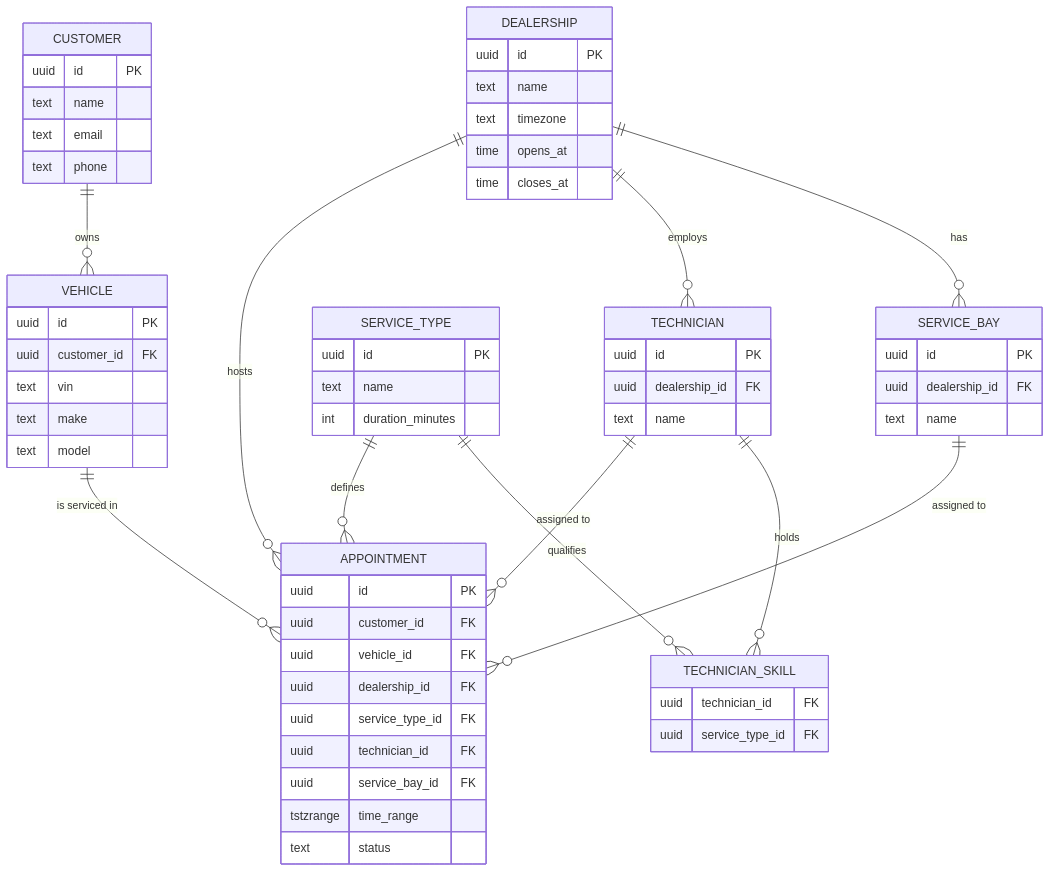
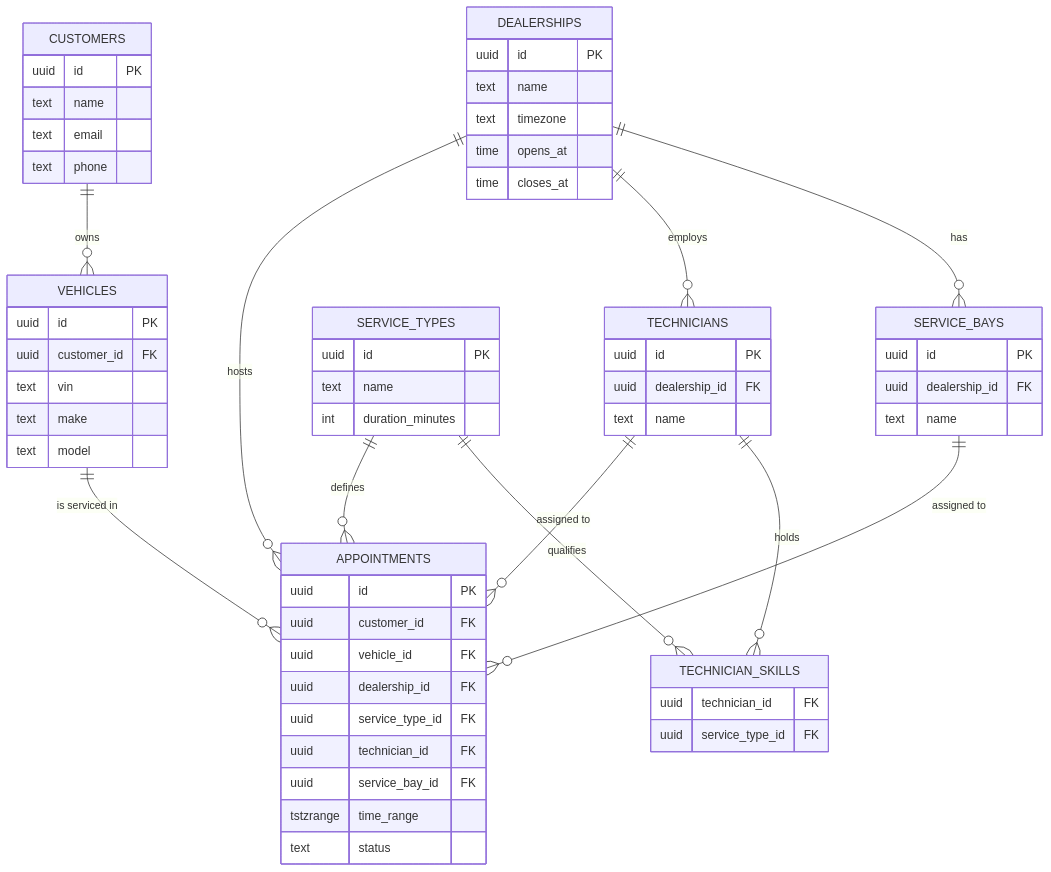
The second of 4 diagrams in docs/system-design.md (nambv/booking_service_scheduler), drawn with Mermaid before and after one commit. The commit also changed other lines of this file and 10 other files, not shown here.

````diff
--- a/docs/system-design.md
+++ b/docs/system-design.md
@@ -102,64 +102,64 @@
 ```mermaid
 erDiagram
-    DEALERSHIP ||--o{ SERVICE_BAY : has
-    DEALERSHIP ||--o{ TECHNICIAN : employs
-    DEALERSHIP ||--o{ APPOINTMENT : hosts
-    TECHNICIAN ||--o{ TECHNICIAN_SKILL : holds
-    SERVICE_TYPE ||--o{ TECHNICIAN_SKILL : qualifies
-    CUSTOMER ||--o{ VEHICLE : owns
-    VEHICLE ||--o{ APPOINTMENT : "is serviced in"
-    SERVICE_TYPE ||--o{ APPOINTMENT : defines
-    TECHNICIAN ||--o{ APPOINTMENT : "assigned to"
-    SERVICE_BAY ||--o{ APPOINTMENT : "assigned to"
+    DEALERSHIPS ||--o{ SERVICE_BAYS : has
+    DEALERSHIPS ||--o{ TECHNICIANS : employs
+    DEALERSHIPS ||--o{ APPOINTMENTS : hosts
+    TECHNICIANS ||--o{ TECHNICIAN_SKILLS : holds
+    SERVICE_TYPES ||--o{ TECHNICIAN_SKILLS : qualifies
+    CUSTOMERS ||--o{ VEHICLES : owns
+    VEHICLES ||--o{ APPOINTMENTS : "is serviced in"
+    SERVICE_TYPES ||--o{ APPOINTMENTS : defines
+    TECHNICIANS ||--o{ APPOINTMENTS : "assigned to"
+    SERVICE_BAYS ||--o{ APPOINTMENTS : "assigned to"
 
-    DEALERSHIP {
+    DEALERSHIPS {
         uuid id PK
         text name
         text timezone
         time opens_at
         time closes_at
     }
-    SERVICE_BAY {
+    SERVICE_BAYS {
         uuid id PK
         uuid dealership_id FK
         text name
     }
-    TECHNICIAN {
+    TECHNICIANS {
         uuid id PK
         uuid dealership_id FK
         text name
     }
-    SERVICE_TYPE {
+    SERVICE_TYPES {
         uuid id PK
         text name
         int duration_minutes
     }
-    CUSTOMER {
+    CUSTOMERS {
         uuid id PK
         text name
         text email
         text phone
     }
-    VEHICLE {
+    VEHICLES {
         uuid id PK
         uuid customer_id FK
         text vin
         text make
         text model
     }
-    TECHNICIAN_SKILL {
+    TECHNICIAN_SKILLS {
         uuid technician_id FK
         uuid service_type_id FK
     }
-    APPOINTMENT {
+    APPOINTMENTS {
         uuid id PK
         uuid customer_id FK
         uuid vehicle_id FK
         uuid dealership_id FK
         uuid service_type_id FK
         uuid technician_id FK
         uuid service_bay_id FK
         tstzrange time_range
         text status
     }
 ```
````
